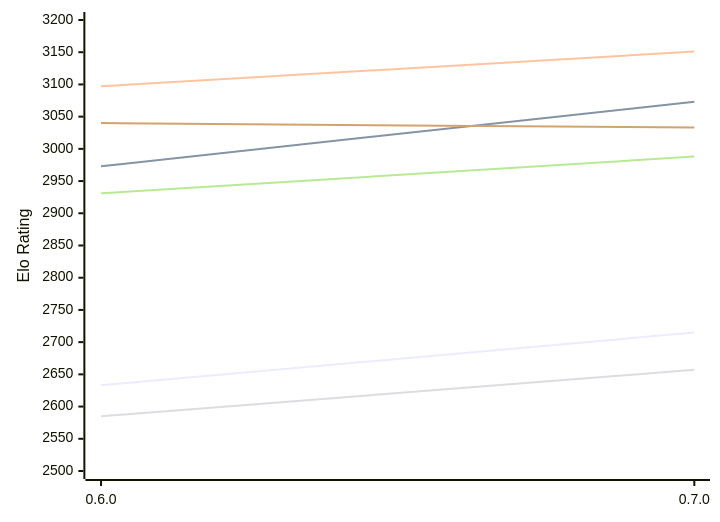
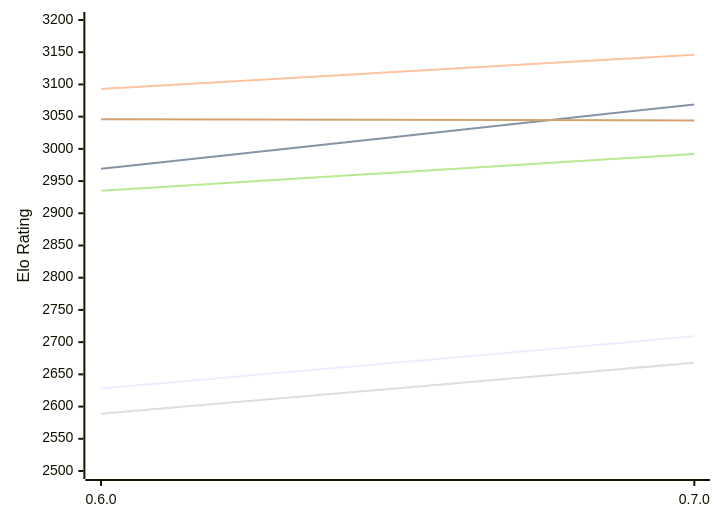
One commit to computer-chess-index/cci changed the first of 2 diagrams in engines/AteNika.md. Above: the diagram before and after it, drawn with Mermaid. The commit also changed other lines of this file, not shown here.

Commit message:
Update CCI Ratings (ELO VLTC) - 2026-11-21

````diff
--- a/engines/AteNika.md
+++ b/engines/AteNika.md
@@ -52,12 +52,12 @@
 ```mermaid
 %%{init: {"theme":"base","themeVariables":{"seriesColors:['#a3a3a3','#222221','#faa371']}}}%%
 xychart-beta
   x-axis ["0.6.0", "0.7.0"]
   y-axis "Elo Rating" 2500 --> 3200
-  line "E1: STC (8.0+0.08s)" [2633, 2715]
-  line "E1: LTC (60.0+0.60s)" [2973, 3073]
-  line "E1: VLTC (2m24s+1.12s)" [3097, 3151]
-  line "P1: STC (8.0+0.08s)" [2585, 2657]
-  line "P1: LTC (60.0+0.60s)" [2931, 2988]
-  line "P1: VLTC (2m24s+1.12s)" [3040, 3033]
+  line "E1: STC (8.0+0.08s)" [2628, 2709]
+  line "E1: LTC (60.0+0.60s)" [2969, 3069]
+  line "E1: VLTC (2m24s+1.12s)" [3093, 3146]
+  line "P1: STC (8.0+0.08s)" [2589, 2668]
+  line "P1: LTC (60.0+0.60s)" [2935, 2992]
+  line "P1: VLTC (2m24s+1.12s)" [3046, 3044]
 ```
````
